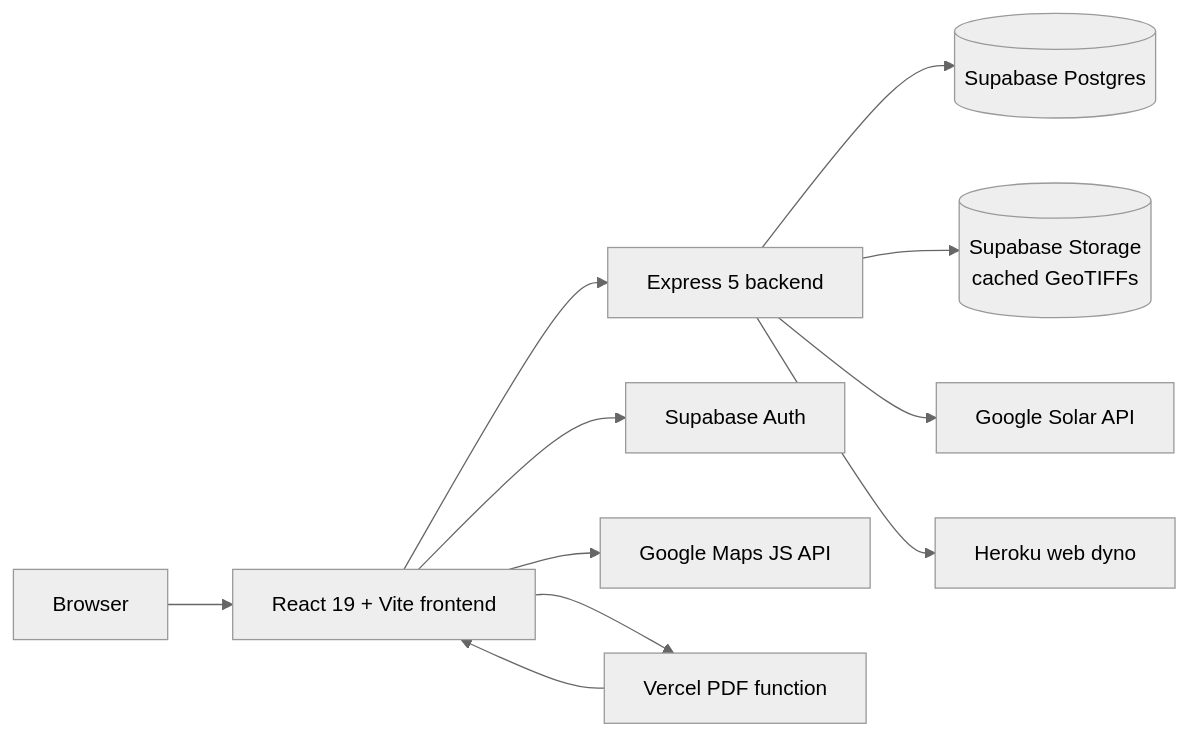
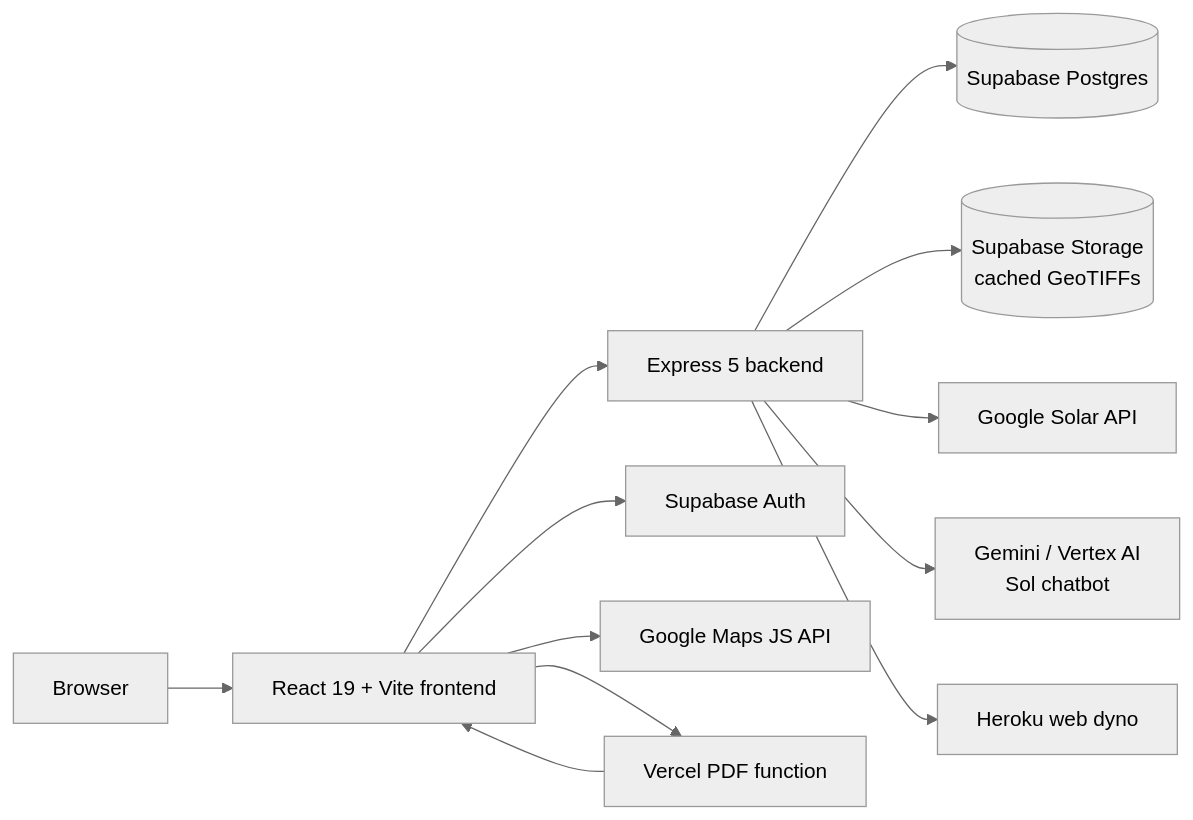
The first of 4 diagrams in README.md (AlaskanTuna/solar-layout-generator), drawn with Mermaid (neutral theme) before and after one commit. The commit also changed other lines of this file, not shown here.

Commit message:
docs(readme): mention sol chatbot in feature matrix tech stack and architecture diagram

````diff
--- a/README.md
+++ b/README.md
@@ -130,13 +131,14 @@
 ```mermaid
 flowchart LR
     Browser[Browser] --> Frontend[React 19 + Vite frontend]
     Frontend --> Backend[Express 5 backend]
     Frontend --> Supabase[Supabase Auth]
     Backend --> Postgres[(Supabase Postgres)]
     Backend --> Storage[(Supabase Storage<br/>cached GeoTIFFs)]
     Backend --> Solar[Google Solar API]
+    Backend --> Gemini[Gemini / Vertex AI<br/>Sol chatbot]
     Frontend --> Maps[Google Maps JS API]
     Frontend --> PdfFn[Vercel PDF function]
     PdfFn --> Frontend
     Backend --> Heroku[Heroku web dyno]
 ```
````
